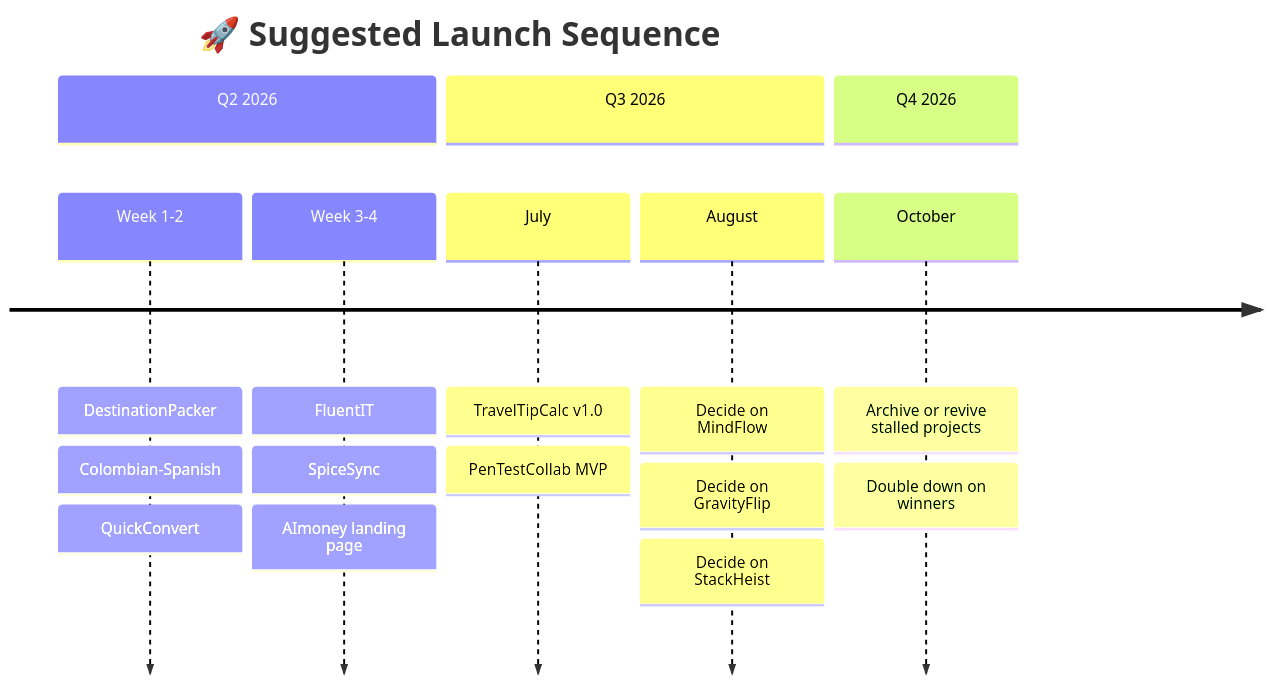
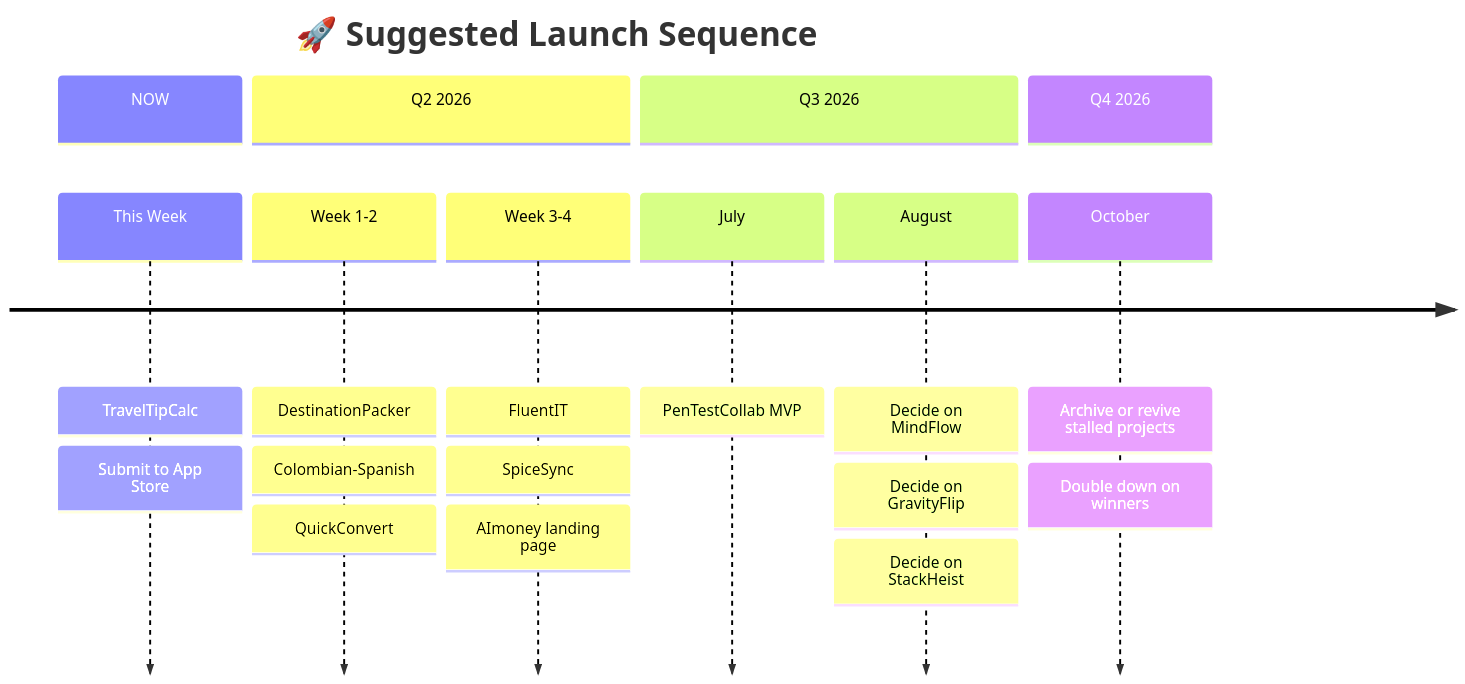
The third of 5 diagrams in projects-visual-tree.md (mikepitts25/VibeKeeper), drawn with Mermaid before and after one commit. The commit also changed other lines of this file and 1 other file, not shown here.

First line of the commit message:
Update: TravelTipCalc promoted to TESTING — Ship First

````diff
--- a/projects-visual-tree.md
+++ b/projects-visual-tree.md
@@ -81,20 +88,22 @@
 ```mermaid
 timeline
     title 🚀 Suggested Launch Sequence
+    section NOW
+        This Week : TravelTipCalc
+                  : Submit to App Store
     section Q2 2026
         Week 1-2 : DestinationPacker
                  : Colombian-Spanish
                  : QuickConvert
         Week 3-4 : FluentIT
                  : SpiceSync
                  : AImoney landing page
     section Q3 2026
-        July : TravelTipCalc v1.0
-             : PenTestCollab MVP
+        July : PenTestCollab MVP
         August : Decide on MindFlow
                : Decide on GravityFlip
                : Decide on StackHeist
     section Q4 2026
         October : Archive or revive stalled projects
                 : Double down on winners
 ```
````
